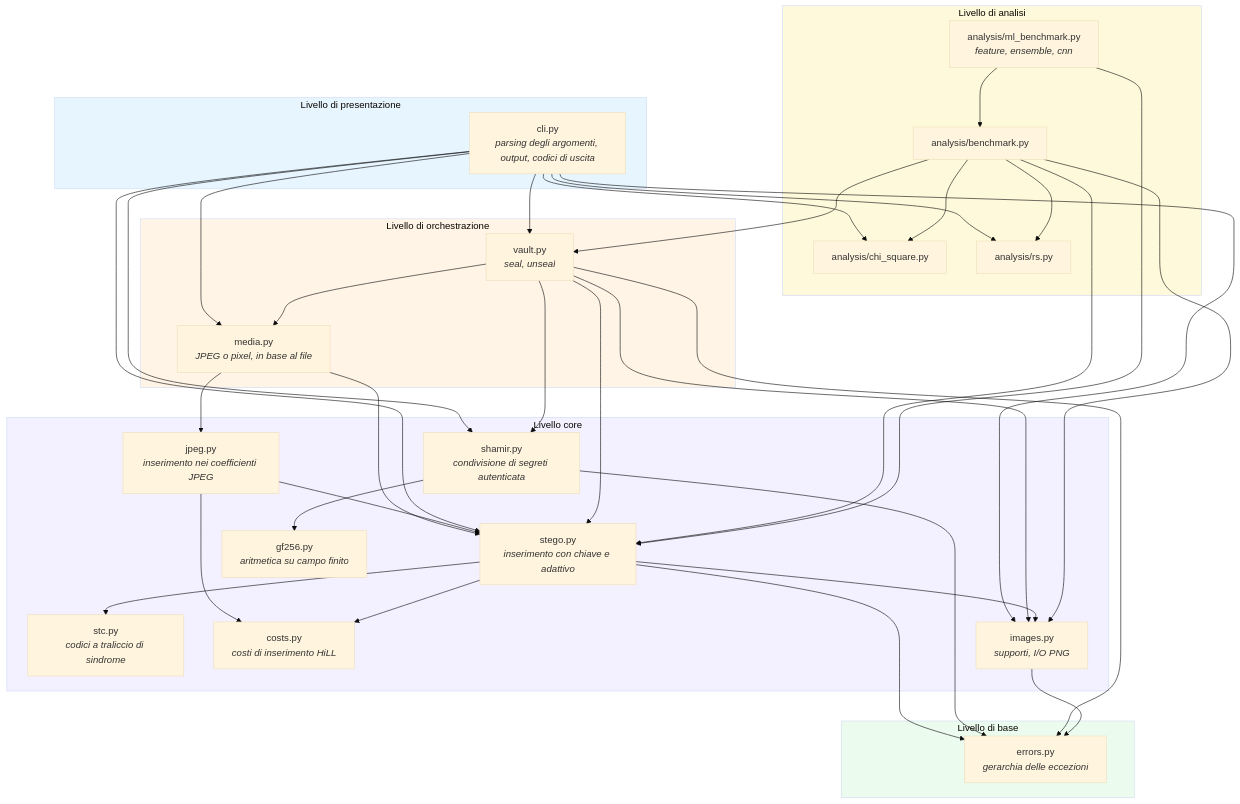
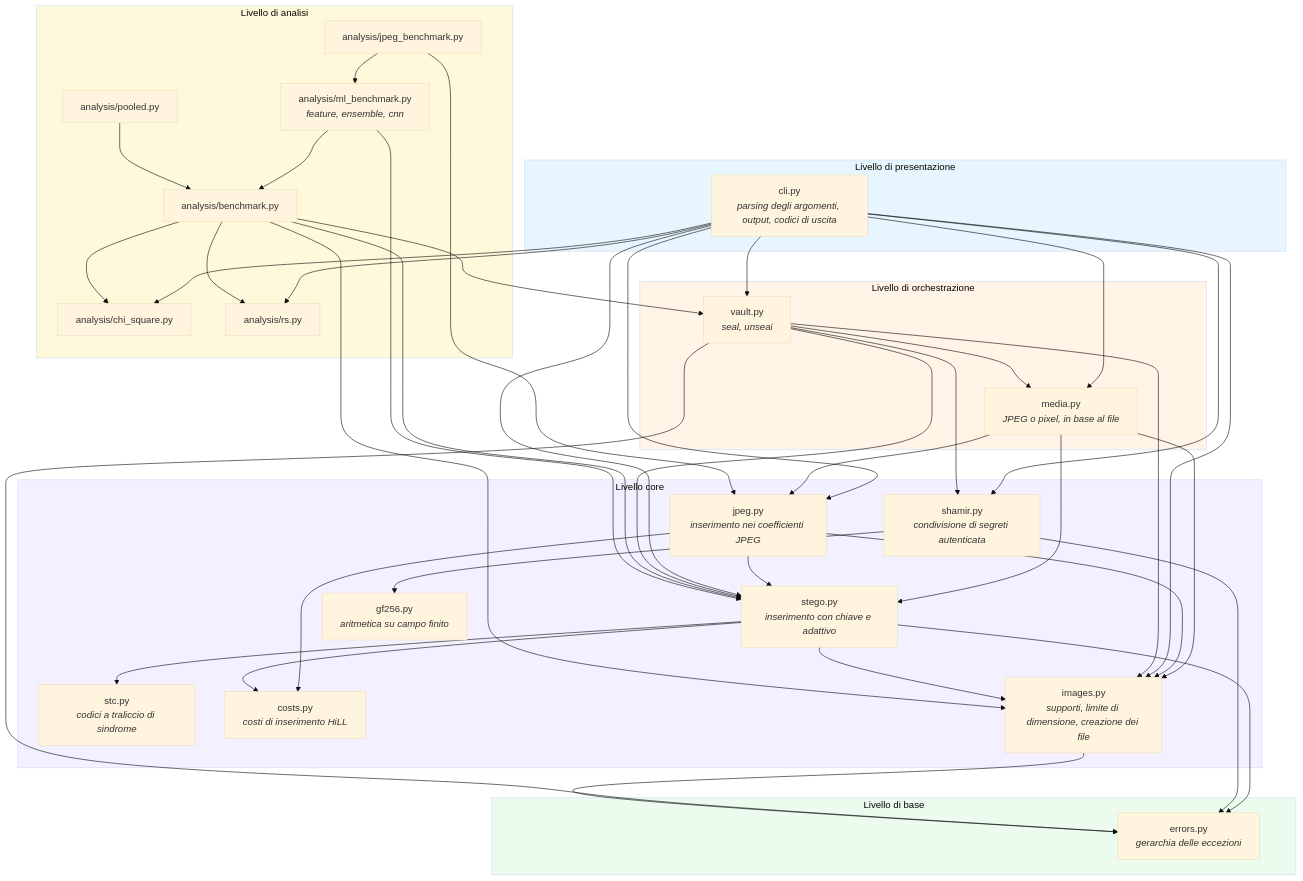
The second of 4 diagrams in docs_it/01-architecture.md (Just-Ipavon/shardpix), drawn with Mermaid (base theme) before and after one commit. The commit also changed other lines of this file and 8 other files, not shown here.

````diff
--- a/docs_it/01-architecture.md
+++ b/docs_it/01-architecture.md
@@ -53,69 +53,77 @@
 ```mermaid
 graph TD
     subgraph presentation["Livello di presentazione"]
         CLI["cli.py<br/><i>parsing degli argomenti, output, codici di uscita</i>"]
     end
 
     subgraph orchestration["Livello di orchestrazione"]
         VAULT["vault.py<br/><i>seal, unseal</i>"]
         MEDIA["media.py<br/><i>JPEG o pixel, in base al file</i>"]
     end
 
     subgraph core["Livello core"]
         STEGO["stego.py<br/><i>inserimento con chiave e adattivo</i>"]
         JPEG["jpeg.py<br/><i>inserimento nei coefficienti JPEG</i>"]
         STC["stc.py<br/><i>codici a traliccio di sindrome</i>"]
         COSTS["costs.py<br/><i>costi di inserimento HiLL</i>"]
         SHAMIR["shamir.py<br/><i>condivisione di segreti autenticata</i>"]
         GF["gf256.py<br/><i>aritmetica su campo finito</i>"]
-        IMG["images.py<br/><i>supporti, I/O PNG</i>"]
+        IMG["images.py<br/><i>supporti, limite di dimensione, creazione dei file</i>"]
     end
 
     subgraph analysis["Livello di analisi"]
         CHI["analysis/chi_square.py"]
         RS["analysis/rs.py"]
         BENCH["analysis/benchmark.py"]
         ML["analysis/ml_benchmark.py<br/><i>feature, ensemble, cnn</i>"]
+        JB["analysis/jpeg_benchmark.py"]
+        POOL["analysis/pooled.py"]
     end
 
     subgraph foundation["Livello di base"]
         ERR["errors.py<br/><i>gerarchia delle eccezioni</i>"]
     end
 
     CLI --> VAULT
     CLI --> MEDIA
+    CLI --> JPEG
     VAULT --> MEDIA
     MEDIA --> STEGO
     MEDIA --> JPEG
+    MEDIA --> IMG
     JPEG --> STEGO
     JPEG --> COSTS
+    JPEG --> IMG
     CLI --> STEGO
     CLI --> SHAMIR
     CLI --> CHI
     CLI --> RS
     CLI --> IMG
     VAULT --> STEGO
     VAULT --> SHAMIR
     VAULT --> IMG
     STEGO --> IMG
     STEGO --> STC
     STEGO --> COSTS
     SHAMIR --> GF
     BENCH --> STEGO
     BENCH --> VAULT
     BENCH --> CHI
     BENCH --> RS
     BENCH --> IMG
     ML --> STEGO
     ML --> BENCH
+    JB --> JPEG
+    JB --> ML
+    POOL --> BENCH
     STEGO --> ERR
     SHAMIR --> ERR
     VAULT --> ERR
     IMG --> ERR
 
     style presentation fill:#e7f5ff
     style orchestration fill:#fff4e6
     style core fill:#f3f0ff
     style analysis fill:#fff9db
     style foundation fill:#ebfbee
 ```
````
